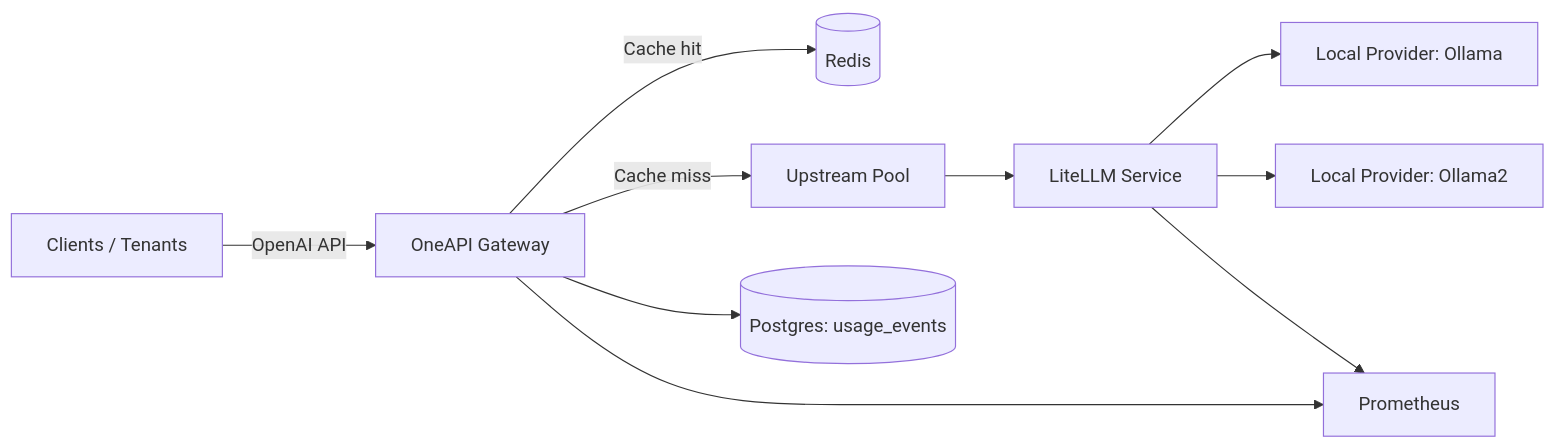
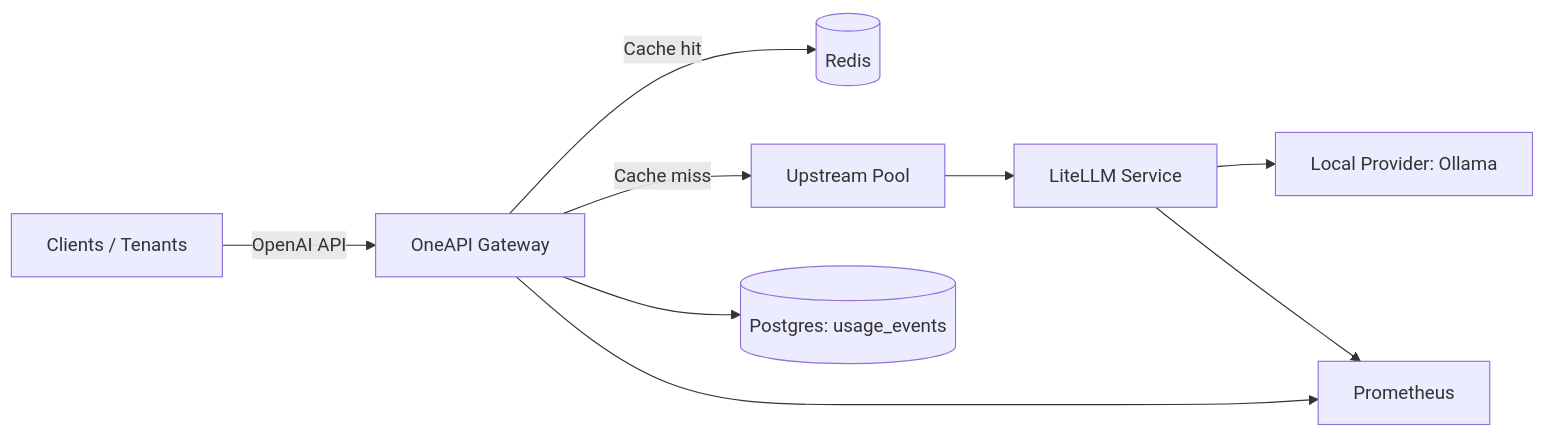
Before and after one commit to EasyIndie/EasyAI: the diagram in docs/architecture.md, drawn with Mermaid. The commit also changed other lines of this file and 4 other files, not shown here.

````diff
--- a/docs/architecture.md
+++ b/docs/architecture.md
@@ -27,12 +28,11 @@
 ```mermaid
 flowchart LR
   C[Clients / Tenants] -->|OpenAI API| G[OneAPI Gateway]
   G -->|Cache hit| R[(Redis)]
   G -->|Cache miss| LB[Upstream Pool]
   LB --> L[LiteLLM Service]
   L --> O[Local Provider: Ollama]
-  L --> O2[Local Provider: Ollama2]
   G --> P[(Postgres: usage_events)]
   G --> M[Prometheus]
   L --> M
 ```
````
